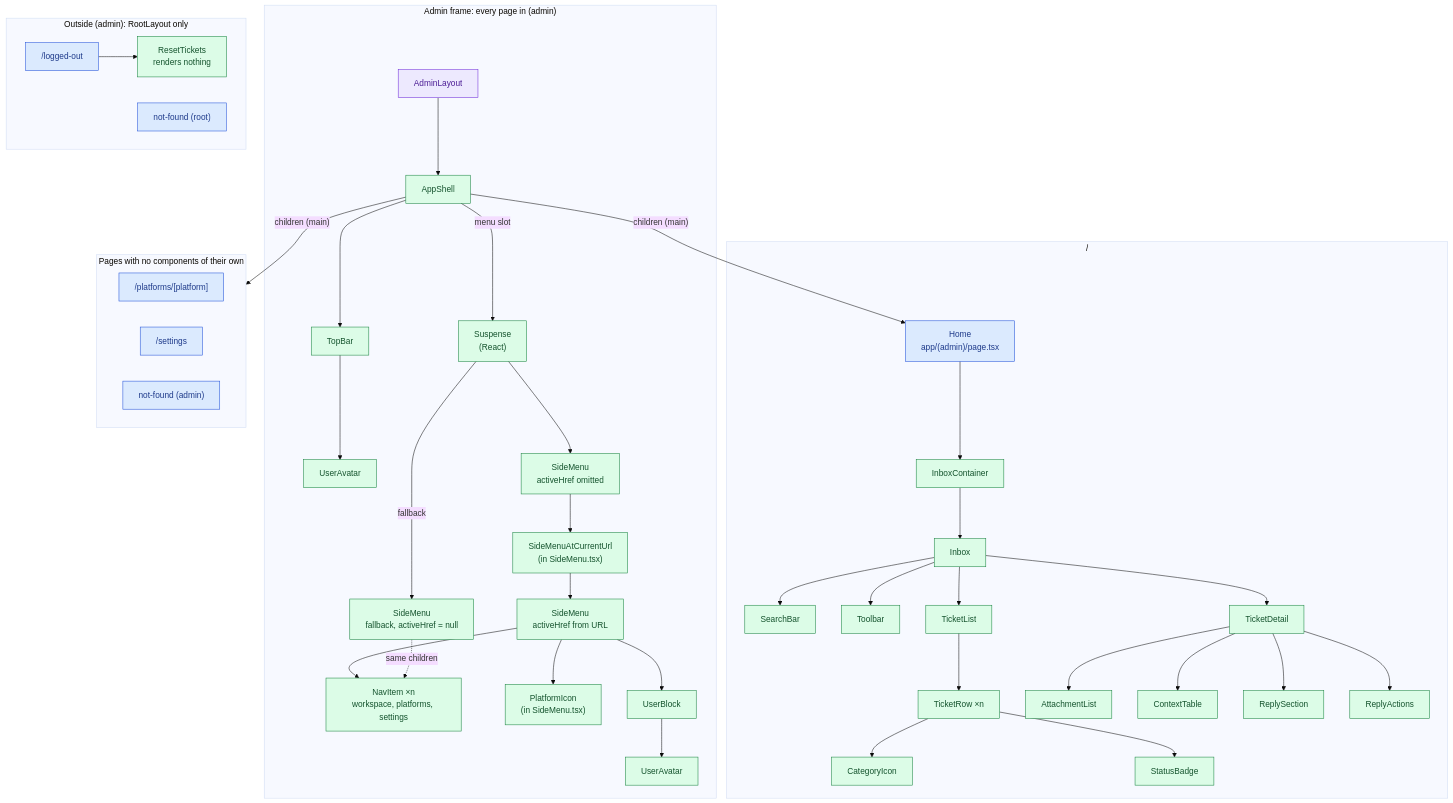
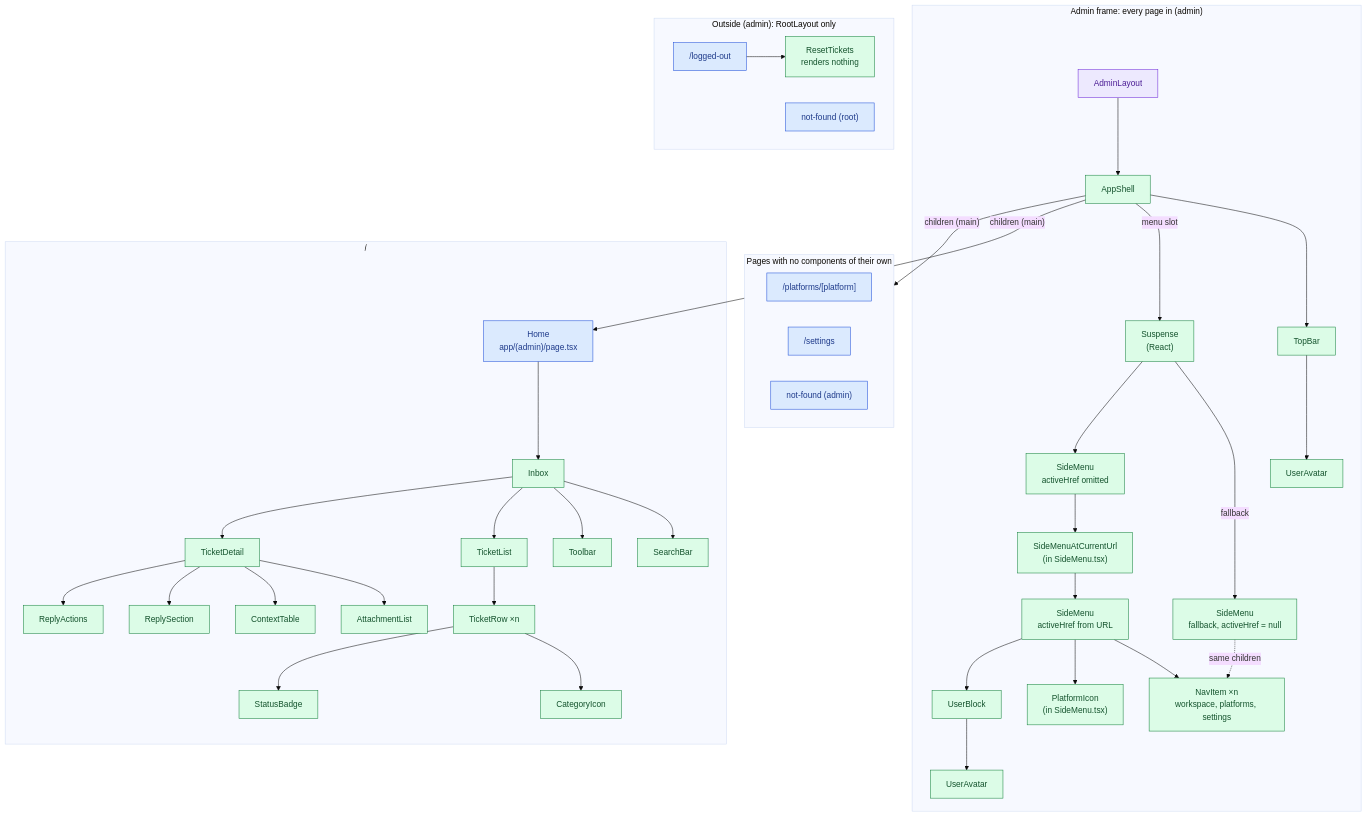
Before and after one commit to AlberteViendahl/feedback: the ninth of 13 diagrams in apps/admin/docs/architecture.md, drawn with Mermaid (base theme). The commit also changed other lines of this file and 1 other file, not shown here.

Commit message:
Updated architecture-markdowns

````diff
--- a/apps/admin/docs/architecture.md
+++ b/apps/admin/docs/architecture.md
@@ -85,79 +312,78 @@
 ```mermaid
 flowchart TD
   subgraph AdminFrame["Admin frame: every page in (admin)"]
     AdminLayout["AdminLayout"]:::layout
     AppShell["AppShell"]:::component
     TopBar["TopBar"]:::component
     TopAvatar["UserAvatar"]:::component
     Suspense["Suspense<br/>(React)"]:::component
     FallbackMenu["SideMenu<br/>fallback, activeHref = null"]:::component
     SideMenu["SideMenu<br/>activeHref omitted"]:::component
     AtUrl["SideMenuAtCurrentUrl<br/>(in SideMenu.tsx)"]:::component
     UrlMenu["SideMenu<br/>activeHref from URL"]:::component
     NavItem["NavItem ×n<br/>workspace, platforms, settings"]:::component
     PlatformIcon["PlatformIcon<br/>(in SideMenu.tsx)"]:::component
     UserBlock["UserBlock"]:::component
     MenuAvatar["UserAvatar"]:::component
 
     AdminLayout --> AppShell
     AppShell --> TopBar --> TopAvatar
     AppShell -- "menu slot" --> Suspense
     Suspense -- fallback --> FallbackMenu
     Suspense --> SideMenu --> AtUrl --> UrlMenu
     UrlMenu --> NavItem
     UrlMenu --> PlatformIcon
     UrlMenu --> UserBlock --> MenuAvatar
     FallbackMenu -. "same children" .-> NavItem
   end
 
   subgraph HomePage["/"]
     Home["Home<br/>app/(admin)/page.tsx"]:::page
-    InboxContainer["InboxContainer"]:::component
     Inbox["Inbox"]:::component
     SearchBar["SearchBar"]:::component
     Toolbar["Toolbar"]:::component
     TicketList["TicketList"]:::component
     TicketRow["TicketRow ×n"]:::component
     CategoryIcon["CategoryIcon"]:::component
     StatusBadge["StatusBadge"]:::component
     TicketDetail["TicketDetail"]:::component
     AttachmentList["AttachmentList"]:::component
     ContextTable["ContextTable"]:::component
     ReplySection["ReplySection"]:::component
     ReplyActions["ReplyActions"]:::component
 
-    Home --> InboxContainer --> Inbox
+    Home --> Inbox
     Inbox --> SearchBar
     Inbox --> Toolbar
     Inbox --> TicketList --> TicketRow
     TicketRow --> CategoryIcon
     TicketRow --> StatusBadge
     Inbox --> TicketDetail
     TicketDetail --> AttachmentList
     TicketDetail --> ContextTable
     TicketDetail --> ReplySection
     TicketDetail --> ReplyActions
   end
 
   subgraph Placeholders["Pages with no components of their own"]
     Platform["/platforms/[platform]"]:::page
     Settings["/settings"]:::page
     AdminNotFound["not-found (admin)"]:::page
   end
 
   subgraph NoMenu["Outside (admin): RootLayout only"]
     LoggedOut["/logged-out"]:::page
     ResetTickets["ResetTickets<br/>renders nothing"]:::component
     RootNotFound["not-found (root)"]:::page
     LoggedOut --> ResetTickets
   end
 
   AppShell -- "children (main)" --> Home
   AppShell -- "children (main)" --> Placeholders
 
   classDef page fill:#DBEAFE,stroke:#1D4ED8,color:#1E3A8A
   classDef layout fill:#EDE9FE,stroke:#6D28D9,color:#4C1D95
   classDef component fill:#DCFCE7,stroke:#15803D,color:#14532D
   classDef store fill:#FFEDD5,stroke:#C2410C,color:#7C2D12
   classDef mock fill:#F3F4F6,stroke:#4B5563,color:#1F2937,stroke-dasharray:4 3
 ```
````
